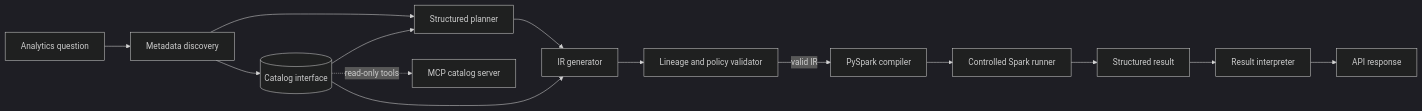
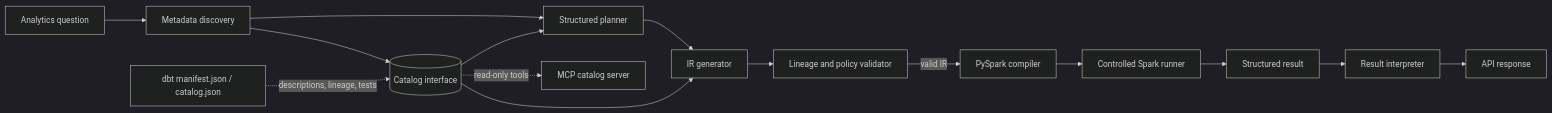
One commit to datenwissenschaften/agentic-data-analyst changed the diagram in README.md. Above: the diagram before and after it, drawn with Mermaid (dark theme). The commit also changed other lines of this file and 33 other files, not shown here.

````diff
--- a/README.md
+++ b/README.md
@@ -15,16 +15,17 @@
 ```mermaid
 flowchart LR
     Q[Analytics question] --> D[Metadata discovery]
     D --> C[(Catalog interface)]
     D --> P[Structured planner]
     P --> G[IR generator]
     C --> P
     C --> G
     G --> V[Lineage and policy validator]
     V -->|valid IR| S[PySpark compiler]
     S --> E[Controlled Spark runner]
     E --> R[Structured result]
     R --> I[Result interpreter]
     I --> A[API response]
     C -. read-only tools .-> M[MCP catalog server]
+    T[dbt manifest.json / catalog.json] -. descriptions, lineage, tests .-> C
 ```
````
